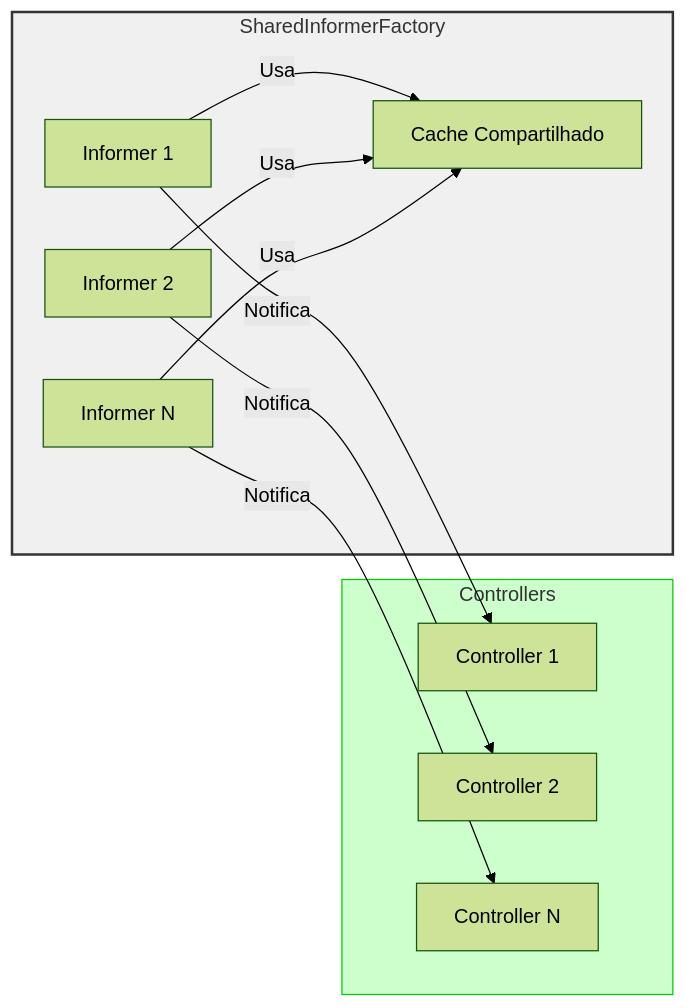
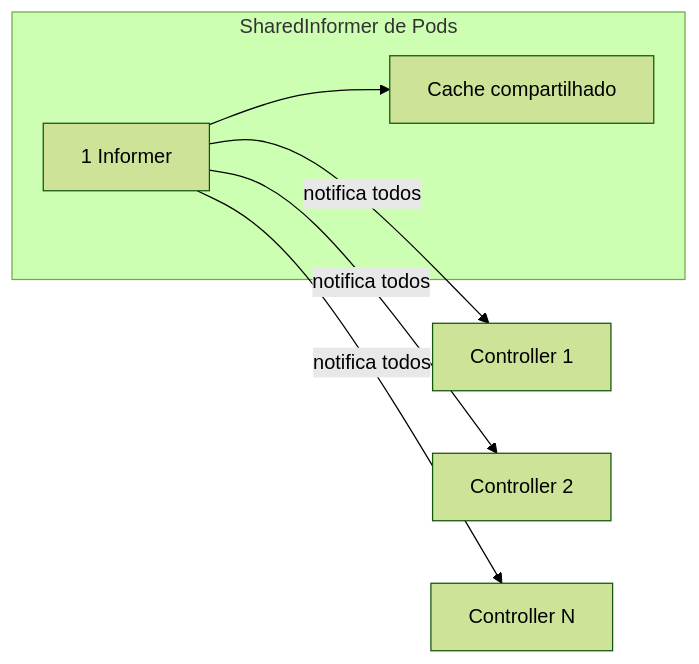
Before and after one commit to cloud104/tcloud-devops-k8s-operators-training: the third of 4 diagrams in docs/extras/kubernetes-informers.md, drawn with Mermaid (forest theme). The commit also changed other lines of this file and 6 other files, not shown here.

First line of the commit message:
docs: revisa material teorico, corrige APIs e melhora diagramas

````diff
--- a/docs/extras/kubernetes-informers.md
+++ b/docs/extras/kubernetes-informers.md
@@ -146,24 +142,9 @@
 ```mermaid
 flowchart LR
-    subgraph SI ["SharedInformerFactory"]
-        IF1["Informer 1"]
-        IF2["Informer 2"]
-        IF3["Informer N"]
-        CACHE["Cache Compartilhado"]
-        
-        IF1 & IF2 & IF3 -->|"Usa"| CACHE
+    subgraph SI ["SharedInformer de Pods"]
+        IF["1 Informer"] --> CACHE["Cache compartilhado"]
     end
-    
-    subgraph CTRL ["Controllers"]
-        C1["Controller 1"]
-        C2["Controller 2"]
-        C3["Controller N"]
-    end
-    
-    IF1 -->|"Notifica"| C1
-    IF2 -->|"Notifica"| C2
-    IF3 -->|"Notifica"| C3
-    
-    style SI fill:#f0f0f0,stroke:#333,stroke-width:2px
-    style CTRL fill:#ccffcc,stroke:#00cc00
+    IF -->|"notifica todos"| C1["Controller 1"]
+    IF -->|"notifica todos"| C2["Controller 2"]
+    IF -->|"notifica todos"| C3["Controller N"]
 ```
````
